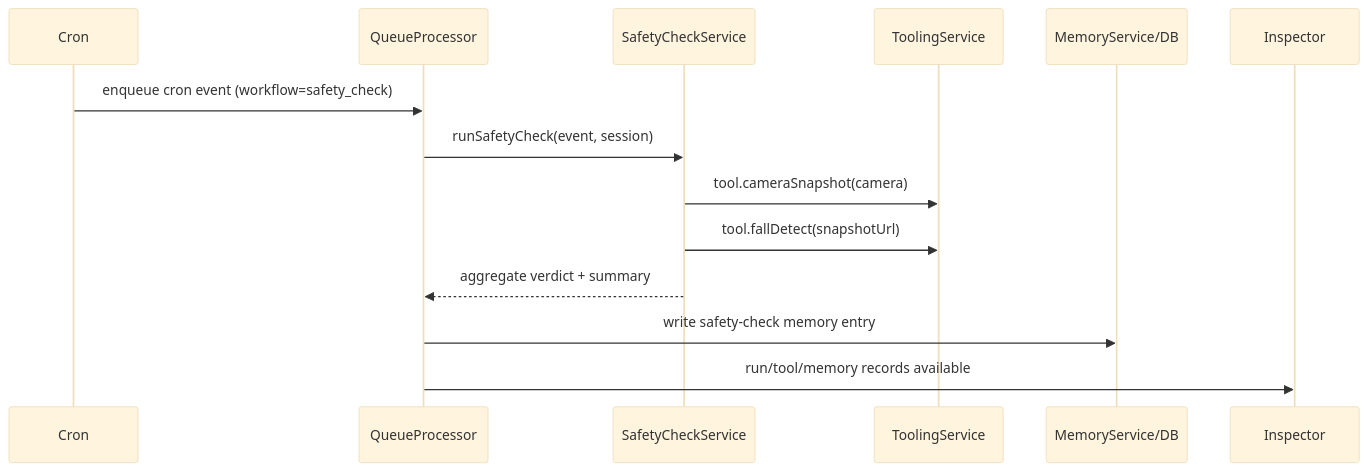
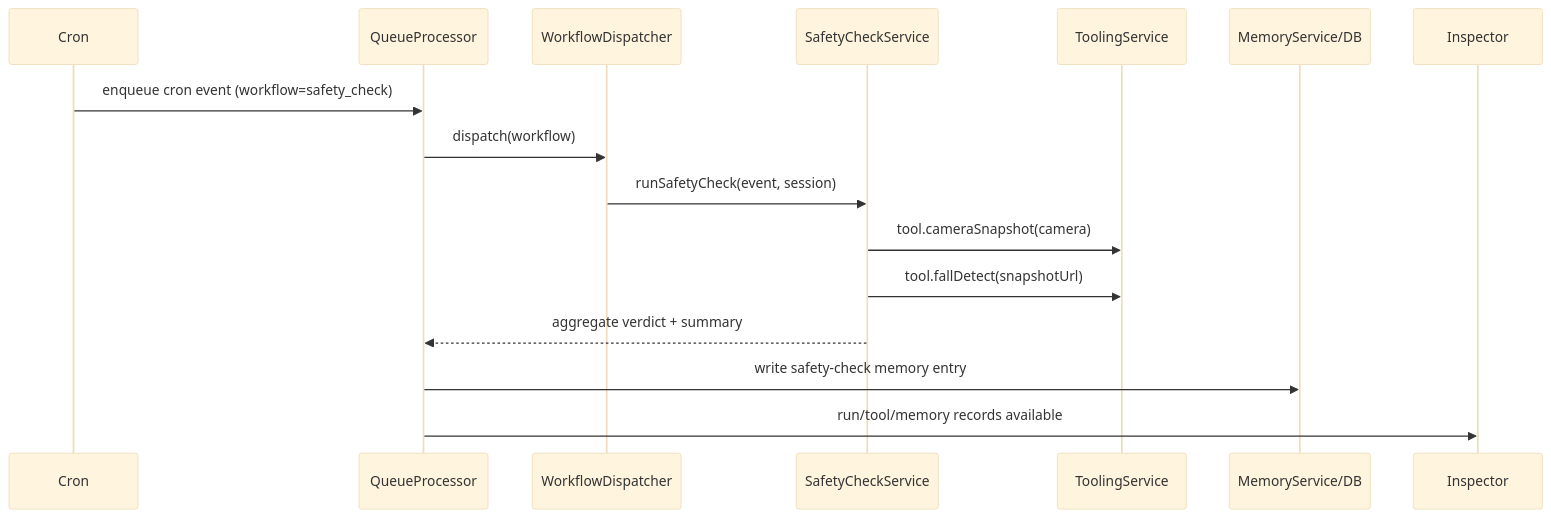
The first of 2 diagrams in docs/flutter-openclaw-mobile/demo-aged-care-phase2c-safety-check.md (aran-bitwise/openclaw), drawn with Mermaid (base theme) before and after one commit. The commit also changed other lines of this file and 13 other files, not shown here.

Commit message:
Mobile: harden safety-check consent, workflow dispatch, and idempotency

````diff
--- a/docs/flutter-openclaw-mobile/demo-aged-care-phase2c-safety-check.md
+++ b/docs/flutter-openclaw-mobile/demo-aged-care-phase2c-safety-check.md
@@ -60,17 +86,19 @@
 ```mermaid
 sequenceDiagram
   participant Cron
   participant Queue as QueueProcessor
+  participant Dispatcher as WorkflowDispatcher
   participant Safety as SafetyCheckService
   participant Tools as ToolingService
   participant Memory as MemoryService/DB
   participant Inspector
 
   Cron->>Queue: enqueue cron event (workflow=safety_check)
-  Queue->>Safety: runSafetyCheck(event, session)
+  Queue->>Dispatcher: dispatch(workflow)
+  Dispatcher->>Safety: runSafetyCheck(event, session)
   Safety->>Tools: tool.cameraSnapshot(camera)
   Safety->>Tools: tool.fallDetect(snapshotUrl)
   Safety-->>Queue: aggregate verdict + summary
   Queue->>Memory: write safety-check memory entry
   Queue->>Inspector: run/tool/memory records available
 ```
````
